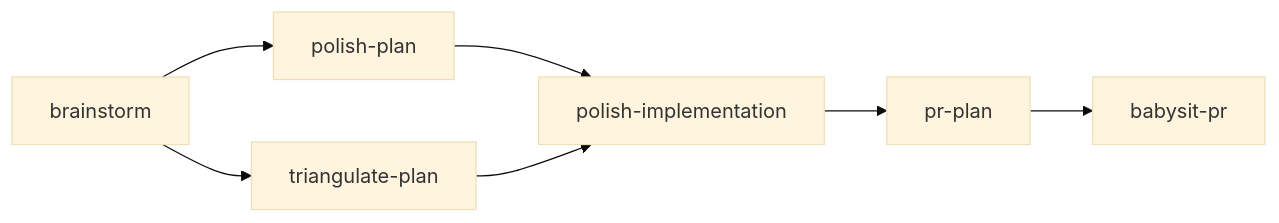
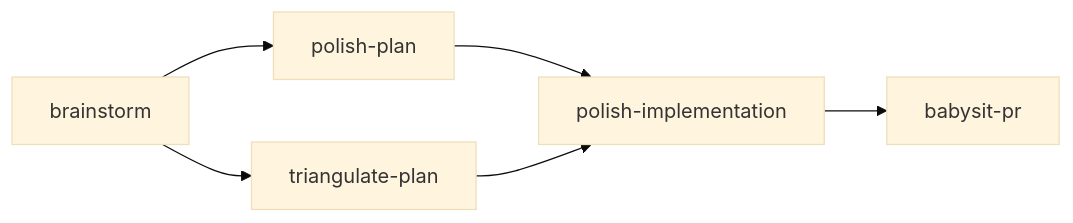
Before and after one commit to rstacruz/agentic-toolkit: the diagram in docs/skills.md, drawn with Mermaid (base theme). The commit also changed other lines of this file and 8 other files, not shown here.

````diff
--- a/docs/skills.md
+++ b/docs/skills.md
@@ -5,9 +5,8 @@
 ```mermaid
 graph LR
   brainstorm --> polish-plan
   brainstorm --> triangulate-plan
   polish-plan --> polish-implementation
   triangulate-plan --> polish-implementation
-  polish-implementation --> pr-plan
-  pr-plan --> babysit-pr
+  polish-implementation --> babysit-pr
 ```
````
